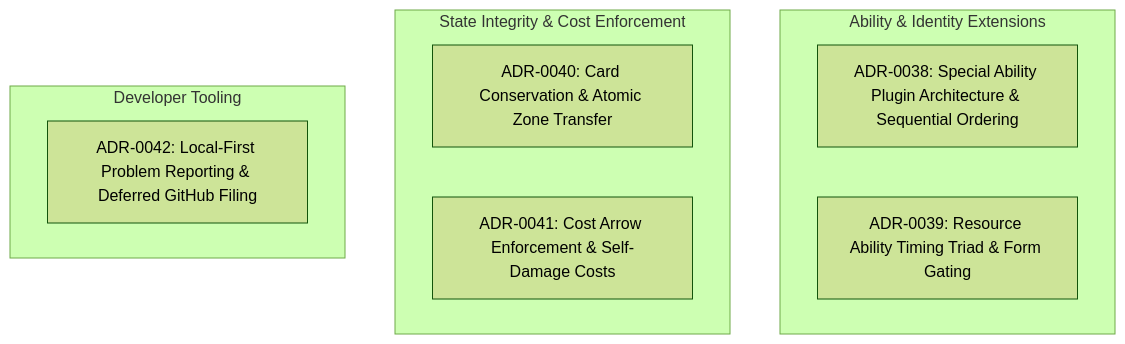
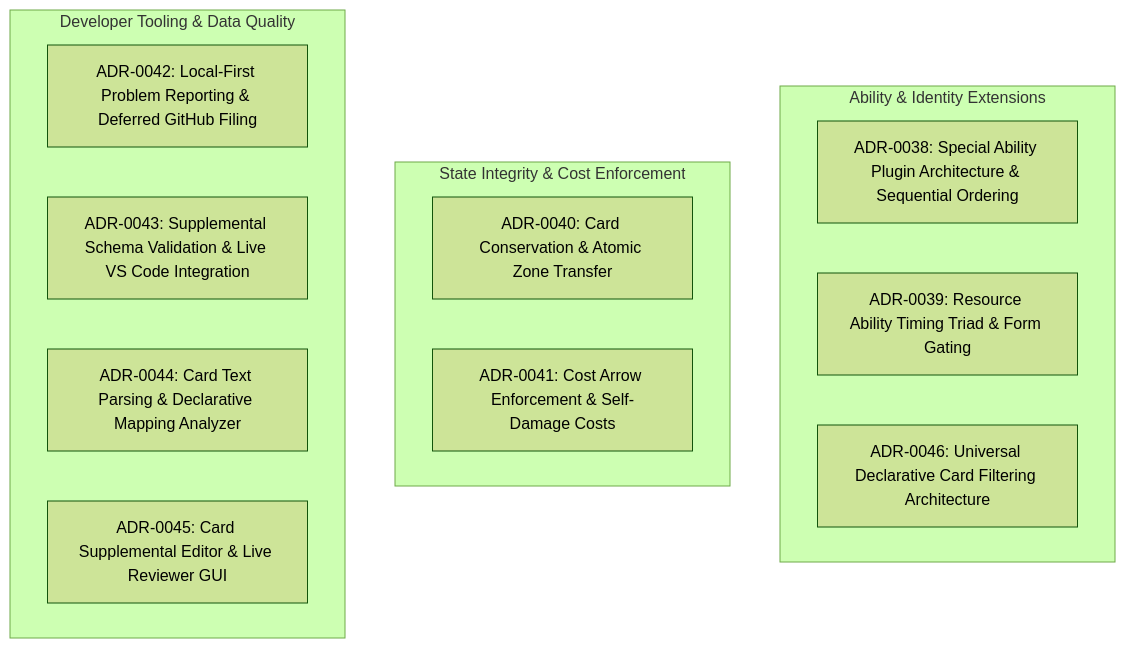
One commit to SteveRodrigue/MCD changed the sixth of 6 diagrams in docs/decisions/README.md. Above: the diagram before and after it, drawn with Mermaid (forest theme). The commit also changed other lines of this file and 17 other files, not shown here.

````diff
--- a/docs/decisions/README.md
+++ b/docs/decisions/README.md
@@ -101,14 +101,18 @@
 ```mermaid
 graph TD
     subgraph Abilities["Ability & Identity Extensions"]
         ADR38["ADR-0038: Special Ability Plugin Architecture & Sequential Ordering"]
         ADR39["ADR-0039: Resource Ability Timing Triad & Form Gating"]
+        ADR46["ADR-0046: Universal Declarative Card Filtering Architecture"]
     end
     subgraph Integrity["State Integrity & Cost Enforcement"]
         ADR40["ADR-0040: Card Conservation & Atomic Zone Transfer"]
         ADR41["ADR-0041: Cost Arrow Enforcement & Self-Damage Costs"]
     end
-    subgraph DevTooling["Developer Tooling"]
+    subgraph DevTooling["Developer Tooling & Data Quality"]
         ADR42["ADR-0042: Local-First Problem Reporting & Deferred GitHub Filing"]
+        ADR43["ADR-0043: Supplemental Schema Validation & Live VS Code Integration"]
+        ADR44["ADR-0044: Card Text Parsing & Declarative Mapping Analyzer"]
+        ADR45["ADR-0045: Card Supplemental Editor & Live Reviewer GUI"]
     end
 ```
````
